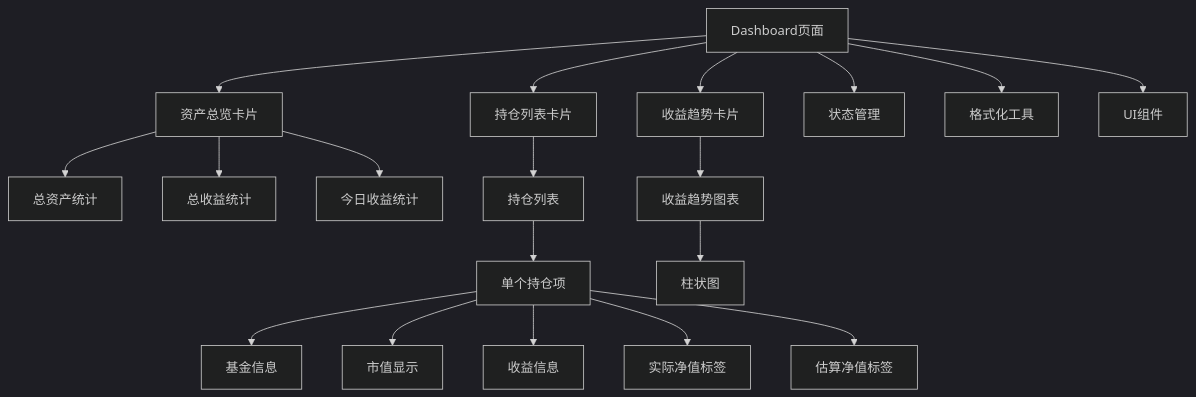
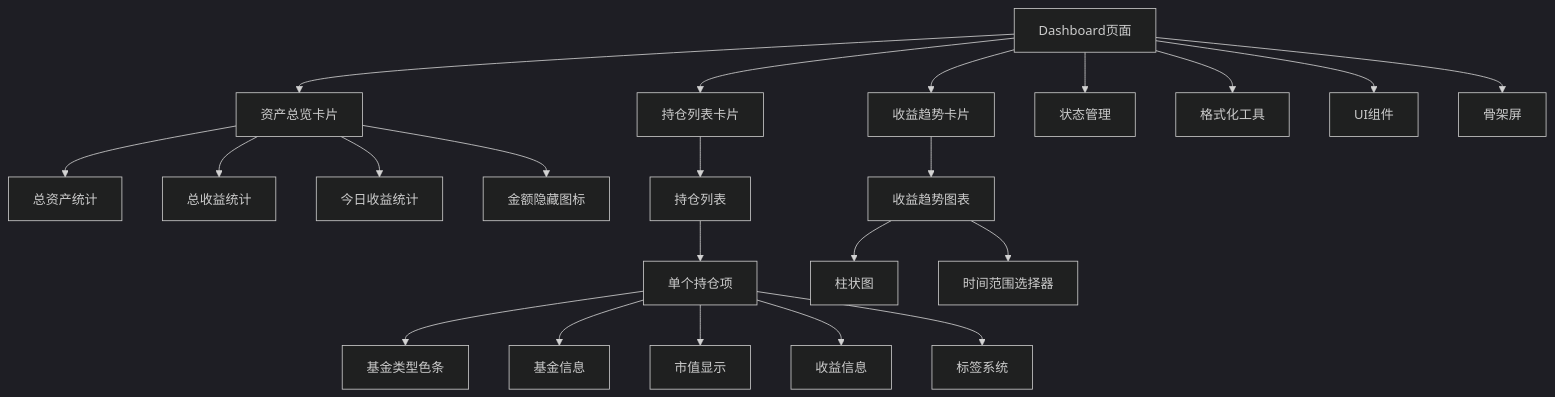
Before and after one commit to gree-coder/fund-butler: the fifth of 9 diagrams in .qoder/repowiki/zh/content/Dashboard Enhancement.md, drawn with Mermaid (dark theme). The commit also changed other lines of this file and 21 other files, not shown here.

````diff
--- a/.qoder/repowiki/zh/content/Dashboard Enhancement.md
+++ b/.qoder/repowiki/zh/content/Dashboard Enhancement.md
@@ -337,21 +244,24 @@
 ```mermaid
 graph TB
 Dashboard[Dashboard页面] --> Card1[资产总览卡片]
 Dashboard --> Card2[持仓列表卡片]
 Dashboard --> Card3[收益趋势卡片]
 Card1 --> Statistic1[总资产统计]
 Card1 --> Statistic2[总收益统计]
 Card1 --> Statistic3[今日收益统计]
+Card1 --> EyeIcon[金额隐藏图标]
 Card2 --> PositionList[持仓列表]
 PositionList --> PositionItem[单个持仓项]
+PositionItem --> TypeBar[基金类型色条]
 PositionItem --> FundInfo[基金信息]
 PositionItem --> MarketValue[市值显示]
 PositionItem --> Returns[收益信息]
-PositionItem --> ActualReturn[实际净值标签]
-PositionItem --> EstimateReturn[估算净值标签]
+PositionItem --> Tags[标签系统]
 Card3 --> Chart[收益趋势图表]
 Chart --> BarChart[柱状图]
+Chart --> Segmented[时间范围选择器]
 Dashboard --> Hooks[状态管理]
 Dashboard --> Utils[格式化工具]
 Dashboard --> Components[UI组件]
+Dashboard --> Skeleton[骨架屏]
 ```
````
